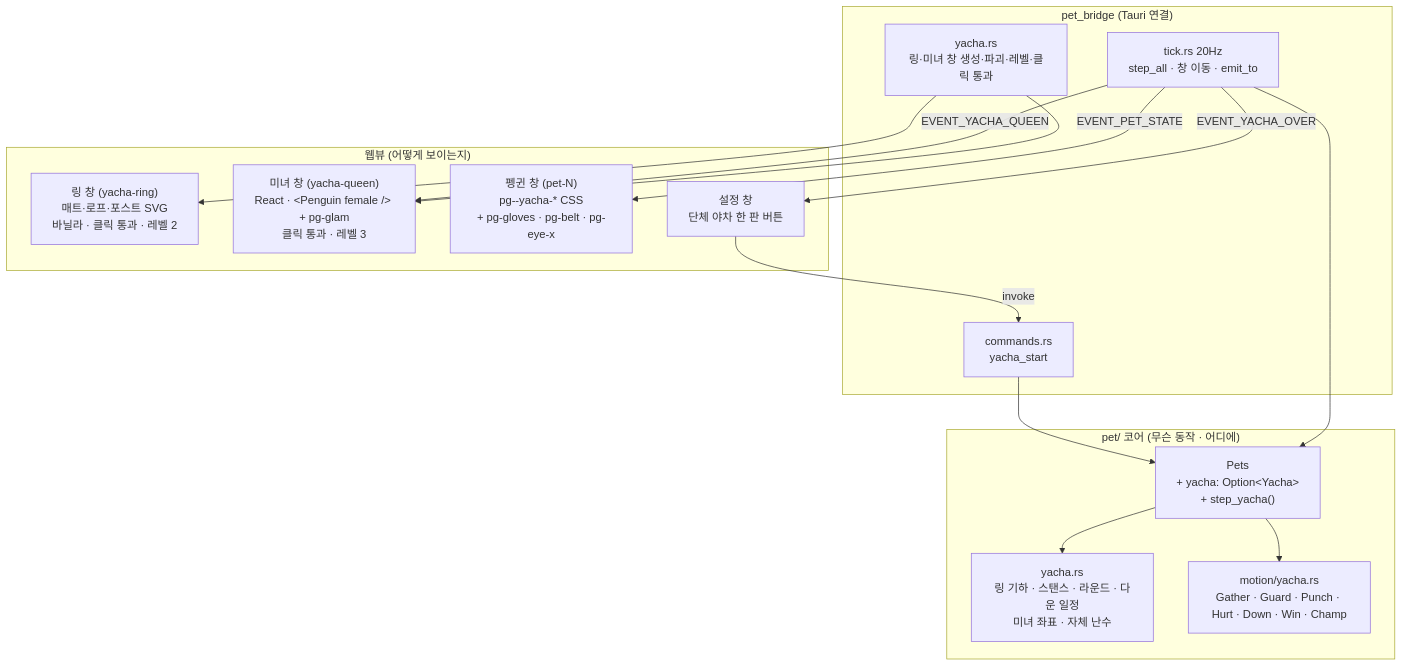
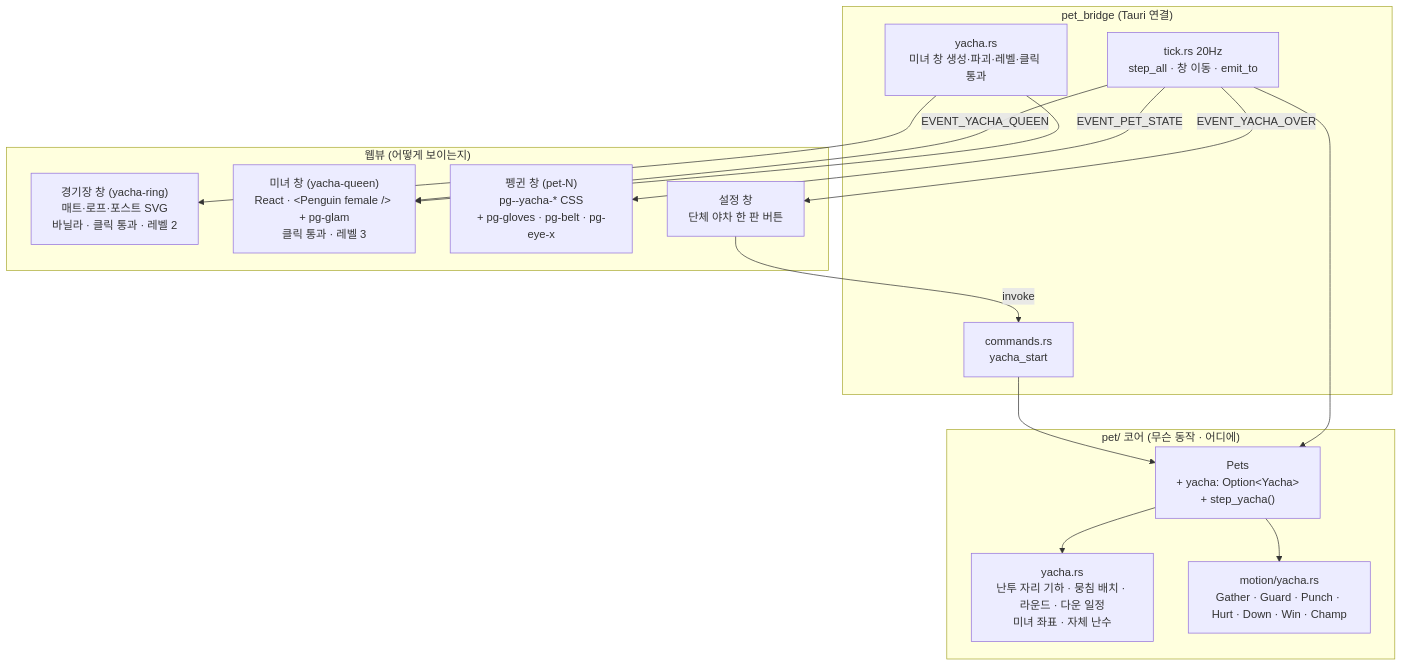
One commit to cgamja/individual-manager changed the first of 3 diagrams in docs/plans/2026-09-03-027-feat-yacha-brawl-plan.md. Above: the diagram before and after it, drawn with Mermaid. The commit also changed other lines of this file, not shown here.

````diff
--- a/docs/plans/2026-09-03-027-feat-yacha-brawl-plan.md
+++ b/docs/plans/2026-09-03-027-feat-yacha-brawl-plan.md
@@ -525,29 +582,29 @@
 ```mermaid
 flowchart TB
     subgraph webview["웹뷰 (어떻게 보이는지)"]
-        RING["링 창 (yacha-ring)<br/>매트·로프·포스트 SVG<br/>바닐라 · 클릭 통과 · 레벨 2"]
+        RING["경기장 창 (yacha-ring)<br/>매트·로프·포스트 SVG<br/>바닐라 · 클릭 통과 · 레벨 2"]
         QUEEN["미녀 창 (yacha-queen)<br/>React · &lt;Penguin female /&gt; + pg-glam<br/>클릭 통과 · 레벨 3"]
         PET["펭귄 창 (pet-N)<br/>pg--yacha-* CSS<br/>+ pg-gloves · pg-belt · pg-eye-x"]
         SET["설정 창<br/>단체 야차 한 판 버튼"]
     end
     subgraph bridge["pet_bridge (Tauri 연결)"]
         TICK["tick.rs 20Hz<br/>step_all · 창 이동 · emit_to"]
         CMD["commands.rs<br/>yacha_start"]
-        YW["yacha.rs<br/>링·미녀 창 생성·파괴·레벨·클릭 통과"]
+        YW["yacha.rs<br/>미녀 창 생성·파괴·레벨·클릭 통과"]
     end
     subgraph core["pet/ 코어 (무슨 동작 · 어디에)"]
         PETS["Pets<br/>+ yacha: Option&lt;Yacha&gt;<br/>+ step_yacha()"]
-        YA["yacha.rs<br/>링 기하 · 스탠스 · 라운드 · 다운 일정<br/>미녀 좌표 · 자체 난수"]
+        YA["yacha.rs<br/>난투 자리 기하 · 뭉침 배치 · 라운드 · 다운 일정<br/>미녀 좌표 · 자체 난수"]
         MOT["motion/yacha.rs<br/>Gather · Guard · Punch · Hurt · Down · Win · Champ"]
     end
     SET -->|invoke| CMD
     CMD --> PETS
     TICK --> PETS
     PETS --> YA
     PETS --> MOT
     TICK -->|EVENT_PET_STATE| PET
     TICK -->|EVENT_YACHA_QUEEN| QUEEN
     TICK -->|EVENT_YACHA_OVER| SET
     YW --> RING
     YW --> QUEEN
 ```
````
